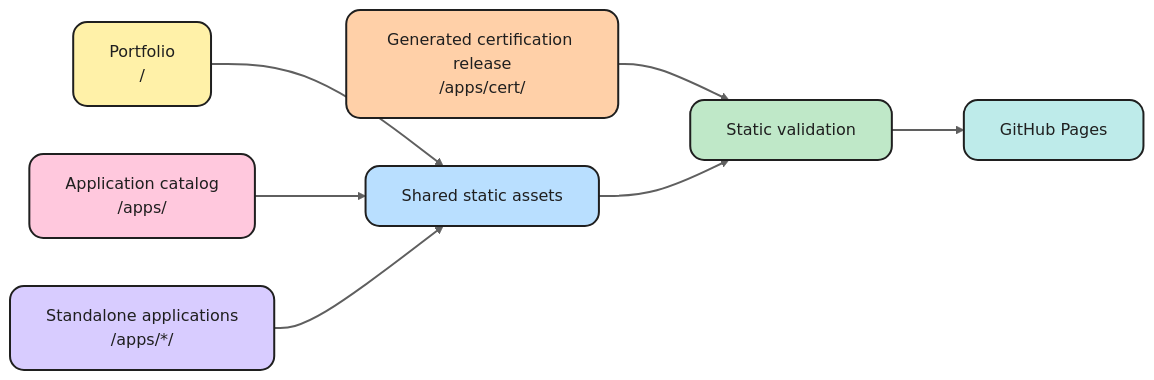
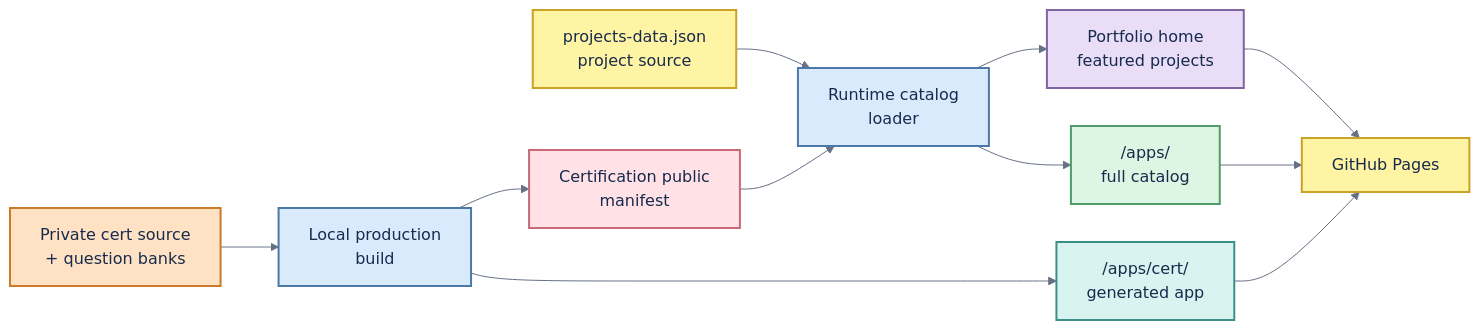
The diagram in README.md (thangldw/thangldw.github.io), drawn with Mermaid before and after one commit. The commit also changed other lines of this file, not shown here.

````diff
--- a/README.md
+++ b/README.md
@@ -29,19 +7,21 @@
 ```mermaid
-%%{init: {"theme":"base","flowchart":{"curve":"basis","nodeSpacing":48,"rankSpacing":72,"padding":18},"themeVariables":{"background":"#FFFDF8","fontFamily":"Inter, Arial, sans-serif","primaryTextColor":"#1F1F1F","lineColor":"#5F5F5F"}}}%%
+%%{init: {"theme":"base","flowchart":{"curve":"basis","nodeSpacing":38,"rankSpacing":58},"themeVariables":{"background":"#F7F7F5","fontFamily":"Inter, Arial, sans-serif","lineColor":"#667085","primaryTextColor":"#172B4D"}}}%%
 flowchart LR
-    A["Portfolio<br/>/"]:::yellow --> D["Shared static assets"]:::blue
-    B["Application catalog<br/>/apps/"]:::pink --> D
-    C["Standalone applications<br/>/apps/*/"]:::purple --> D
-    E["Generated certification release<br/>/apps/cert/"]:::orange --> F["Static validation"]:::green
-    D --> F
-    F --> G["GitHub Pages"]:::cyan
-
-    classDef yellow fill:#FFF1A8,stroke:#1F1F1F,stroke-width:2px,color:#1F1F1F,rx:14px,ry:14px
-    classDef blue fill:#B9DFFF,stroke:#1F1F1F,stroke-width:2px,color:#1F1F1F,rx:14px,ry:14px
-    classDef pink fill:#FFC8DD,stroke:#1F1F1F,stroke-width:2px,color:#1F1F1F,rx:14px,ry:14px
-    classDef purple fill:#D8CCFF,stroke:#1F1F1F,stroke-width:2px,color:#1F1F1F,rx:14px,ry:14px
-    classDef orange fill:#FFD0A8,stroke:#1F1F1F,stroke-width:2px,color:#1F1F1F,rx:14px,ry:14px
-    classDef green fill:#BFE8C8,stroke:#1F1F1F,stroke-width:2px,color:#1F1F1F,rx:14px,ry:14px
-    classDef cyan fill:#BEEBEA,stroke:#1F1F1F,stroke-width:2px,color:#1F1F1F,rx:14px,ry:14px
-    linkStyle default stroke:#5F5F5F,stroke-width:2px
+    PJ["projects-data.json<br/>project source"]:::yellow --> PL["Runtime catalog<br/>loader"]:::blue
+    CM["Certification public<br/>manifest"]:::pink --> PL
+    PL --> H["Portfolio home<br/>featured projects"]:::purple
+    PL --> A["/apps/<br/>full catalog"]:::green
+    CS["Private cert source<br/>+ question banks"]:::orange --> CB["Local production<br/>build"]:::blue
+    CB --> CA["/apps/cert/<br/>generated app"]:::cyan
+    CB --> CM
+    H --> GP["GitHub Pages"]:::yellow
+    A --> GP
+    CA --> GP
+    classDef yellow fill:#FFF4A3,stroke:#C9A227,stroke-width:2px,color:#172B4D
+    classDef blue fill:#D9EAFD,stroke:#4C78A8,stroke-width:2px,color:#172B4D
+    classDef pink fill:#FFE1E6,stroke:#C96A7B,stroke-width:2px,color:#172B4D
+    classDef purple fill:#E9DDF7,stroke:#8064A2,stroke-width:2px,color:#172B4D
+    classDef green fill:#DDF5E3,stroke:#4F9D69,stroke-width:2px,color:#172B4D
+    classDef orange fill:#FFE2C3,stroke:#C97A2B,stroke-width:2px,color:#172B4D
+    classDef cyan fill:#D9F3F0,stroke:#3B8F87,stroke-width:2px,color:#172B4D
 ```
````
